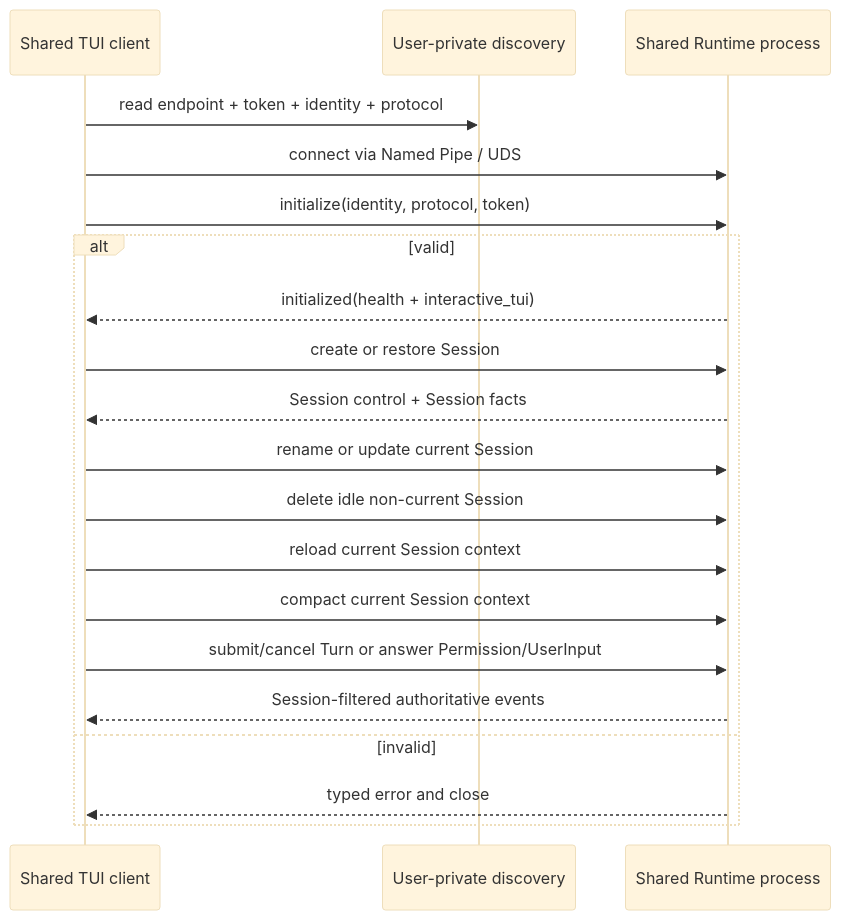
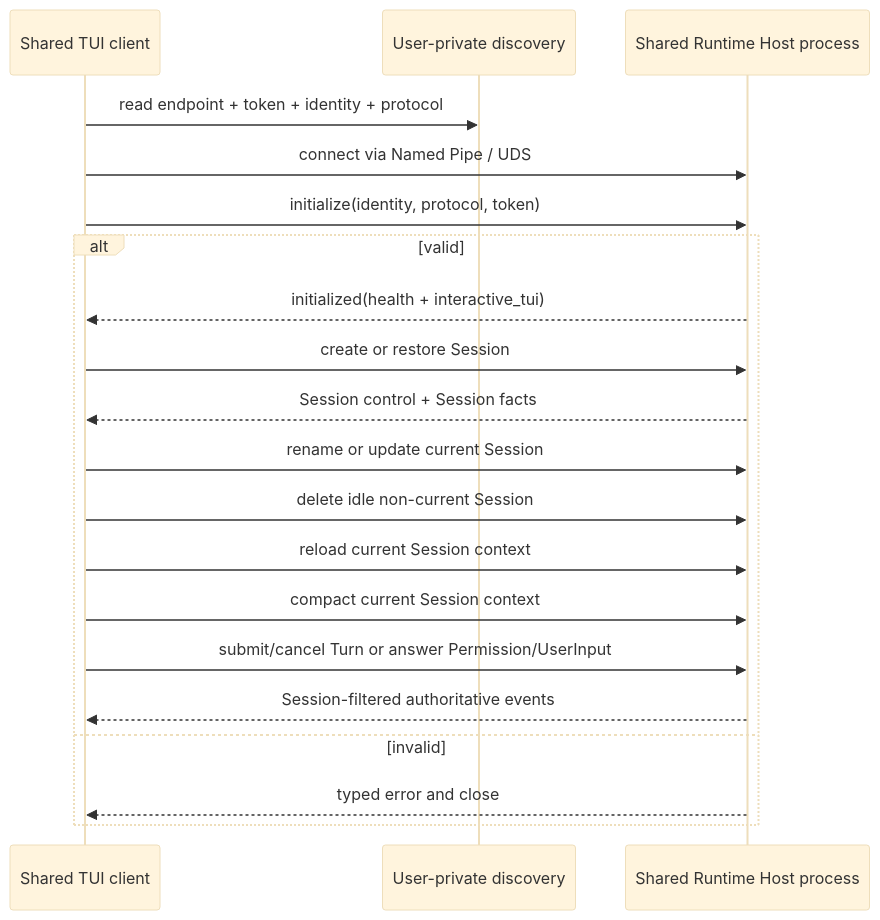
One commit to 1688mengdie/BitFun changed the ninth of 15 diagrams in docs/architecture/agent-runtime-deployment-design.md. Above: the diagram before and after it, drawn with Mermaid (base theme). The commit also changed other lines of this file and 2 other files, not shown here.

Commit message:
docs(architecture): address app server review feedback

````diff
--- a/docs/architecture/agent-runtime-deployment-design.md
+++ b/docs/architecture/agent-runtime-deployment-design.md
@@ -235,23 +235,23 @@
 ```mermaid
 sequenceDiagram
   participant C as Shared TUI client
   participant D as User-private discovery
-  participant S as Shared Runtime process
+  participant S as Shared Runtime Host process
 
   C->>D: read endpoint + token + identity + protocol
   C->>S: connect via Named Pipe / UDS
   C->>S: initialize(identity, protocol, token)
   alt valid
     S-->>C: initialized(health + interactive_tui)
     C->>S: create or restore Session
     S-->>C: Session control + Session facts
     C->>S: rename or update current Session
     C->>S: delete idle non-current Session
     C->>S: reload current Session context
     C->>S: compact current Session context
     C->>S: submit/cancel Turn or answer Permission/UserInput
     S-->>C: Session-filtered authoritative events
   else invalid
     S-->>C: typed error and close
   end
 ```
````
